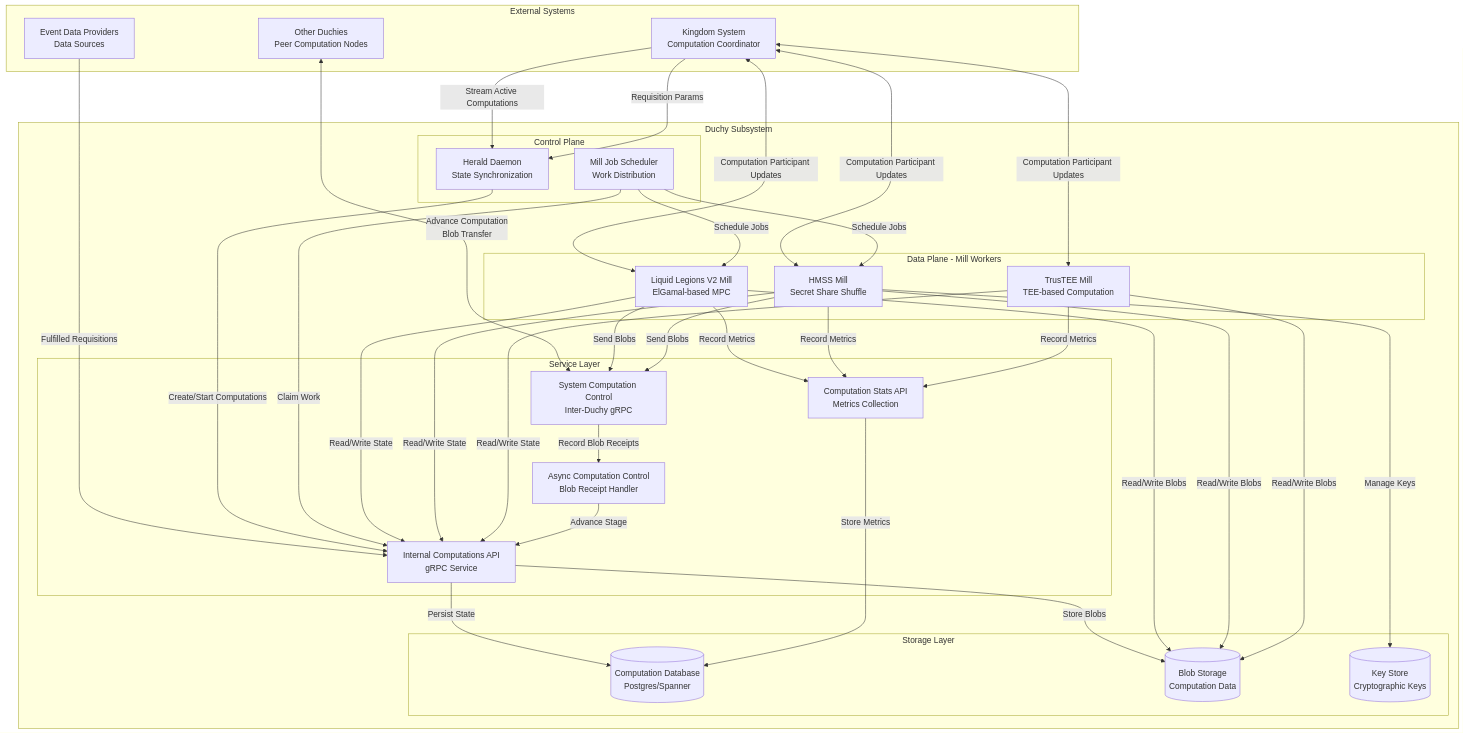
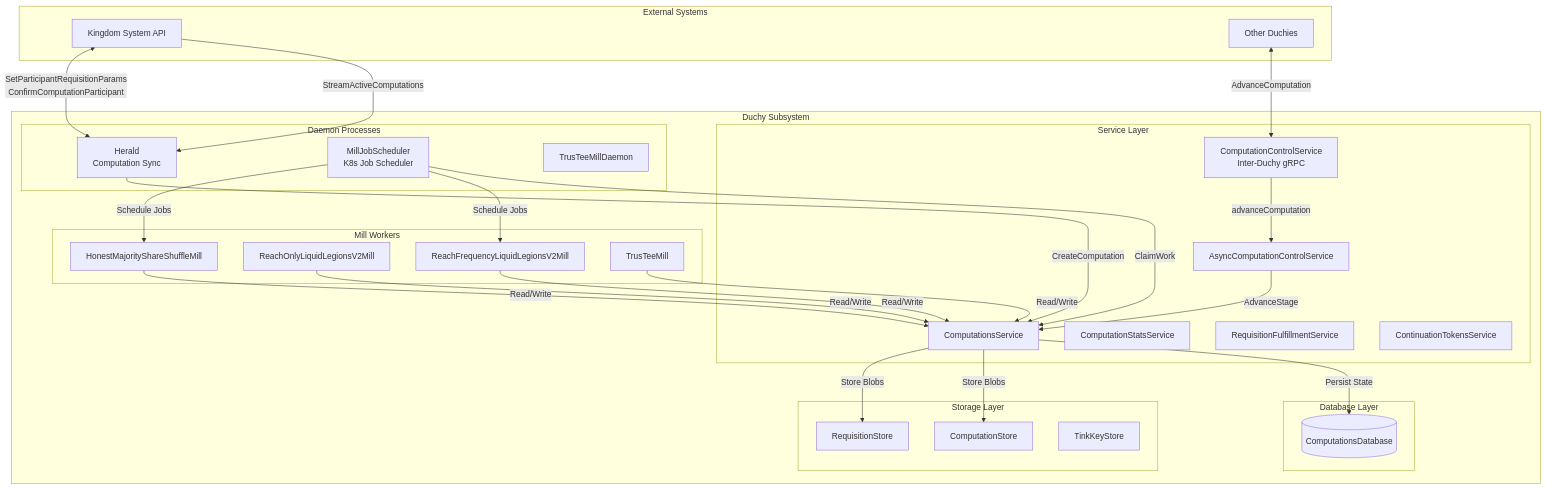
One commit to world-federation-of-advertisers/cross-media-measurement changed the first of 2 diagrams in docs/architecture/duchy.md. Above: the diagram before and after it, drawn with Mermaid. The commit also changed other lines of this file and 249 other files, not shown here.

````diff
--- a/docs/architecture/duchy.md
+++ b/docs/architecture/duchy.md
@@ -27,73 +19,63 @@
 ```mermaid
 graph TB
     subgraph "External Systems"
-        Kingdom[Kingdom System<br/>Computation Coordinator]
-        OtherDuchies[Other Duchies<br/>Peer Computation Nodes]
-        EDPs[Event Data Providers<br/>Data Sources]
+        Kingdom[Kingdom System API]
+        OtherDuchies[Other Duchies]
     end
 
     subgraph "Duchy Subsystem"
-        subgraph "Control Plane"
-            Herald[Herald Daemon<br/>State Synchronization]
-            Scheduler[Mill Job Scheduler<br/>Work Distribution]
+        subgraph "Daemon Processes"
+            Herald[Herald<br/>Computation Sync]
+            MillJobScheduler[MillJobScheduler<br/>K8s Job Scheduler]
+            TrusTeeMillDaemon[TrusTeeMillDaemon]
         end
 
-        subgraph "Data Plane - Mill Workers"
-            LL2Mill[Liquid Legions V2 Mill<br/>ElGamal-based MPC]
-            HMSSMill[HMSS Mill<br/>Secret Share Shuffle]
-            TrusteeMill[TrusTEE Mill<br/>TEE-based Computation]
+        subgraph "Mill Workers"
+            ReachFreqLLv2Mill[ReachFrequencyLiquidLegionsV2Mill]
+            ReachOnlyLLv2Mill[ReachOnlyLiquidLegionsV2Mill]
+            HMSSMill[HonestMajorityShareShuffleMill]
+            TrusTeeMill[TrusTeeMill]
         end
 
         subgraph "Storage Layer"
-            Database[(Computation Database<br/>Postgres/Spanner)]
-            BlobStorage[(Blob Storage<br/>Computation Data)]
-            KeyStore[(Key Store<br/>Cryptographic Keys)]
+            ComputationStore[ComputationStore]
+            RequisitionStore[RequisitionStore]
+            TinkKeyStore[TinkKeyStore]
         end
 
         subgraph "Service Layer"
-            InternalAPI[Internal Computations API<br/>gRPC Service]
-            SystemAPI[System Computation Control<br/>Inter-Duchy gRPC]
-            AsyncControl[Async Computation Control<br/>Blob Receipt Handler]
-            StatsAPI[Computation Stats API<br/>Metrics Collection]
+            ComputationsService[ComputationsService]
+            AsyncComputationControlService[AsyncComputationControlService]
+            ComputationStatsService[ComputationStatsService]
+            ComputationControlService[ComputationControlService<br/>Inter-Duchy gRPC]
+            RequisitionFulfillmentService[RequisitionFulfillmentService]
+            ContinuationTokensService[ContinuationTokensService]
+        end
+
+        subgraph "Database Layer"
+            ComputationsDatabase[(ComputationsDatabase)]
         end
     end
 
-    %% External connections
-    Kingdom -->|Stream Active Computations| Herald
-    Kingdom -->|Requisition Params| Herald
-    Kingdom <-->|Computation Participant Updates| LL2Mill
-    Kingdom <-->|Computation Participant Updates| HMSSMill
-    Kingdom <-->|Computation Participant Updates| TrusteeMill
+    Kingdom -->|StreamActiveComputations| Herald
+    Kingdom <-->|SetParticipantRequisitionParams<br/>ConfirmComputationParticipant| Herald
 
-    OtherDuchies <-->|Advance Computation<br/>Blob Transfer| SystemAPI
-    EDPs -->|Fulfilled Requisitions| InternalAPI
+    OtherDuchies <-->|AdvanceComputation| ComputationControlService
 
-    %% Internal connections
-    Herald -->|Create/Start Computations| InternalAPI
-    Scheduler -->|Claim Work| InternalAPI
-    Scheduler -->|Schedule Jobs| LL2Mill
-    Scheduler -->|Schedule Jobs| HMSSMill
+    Herald -->|CreateComputation| ComputationsService
+    MillJobScheduler -->|ClaimWork| ComputationsService
+    MillJobScheduler -->|Schedule Jobs| ReachFreqLLv2Mill
+    MillJobScheduler -->|Schedule Jobs| HMSSMill
 
-    LL2Mill -->|Read/Write State| InternalAPI
-    HMSSMill -->|Read/Write State| InternalAPI
-    TrusteeMill -->|Read/Write State| InternalAPI
+    ReachFreqLLv2Mill -->|Read/Write| ComputationsService
+    ReachOnlyLLv2Mill -->|Read/Write| ComputationsService
+    HMSSMill -->|Read/Write| ComputationsService
+    TrusTeeMill -->|Read/Write| ComputationsService
 
-    LL2Mill -->|Send Blobs| SystemAPI
-    HMSSMill -->|Send Blobs| SystemAPI
+    ComputationsService -->|Persist State| ComputationsDatabase
+    ComputationsService -->|Store Blobs| ComputationStore
+    ComputationsService -->|Store Blobs| RequisitionStore
 
-    SystemAPI -->|Record Blob Receipts| AsyncControl
-    AsyncControl -->|Advance Stage| InternalAPI
-
-    InternalAPI -->|Persist State| Database
-    InternalAPI -->|Store Blobs| BlobStorage
-    LL2Mill -->|Read/Write Blobs| BlobStorage
-    HMSSMill -->|Read/Write Blobs| BlobStorage
-    TrusteeMill -->|Read/Write Blobs| BlobStorage
-    HMSSMill -->|Manage Keys| KeyStore
-
-    LL2Mill -->|Record Metrics| StatsAPI
-    HMSSMill -->|Record Metrics| StatsAPI
-    TrusteeMill -->|Record Metrics| StatsAPI
-    StatsAPI -->|Store Metrics| Database
-
+    ComputationControlService -->|advanceComputation| AsyncComputationControlService
+    AsyncComputationControlService -->|AdvanceStage| ComputationsService
 ```
````
